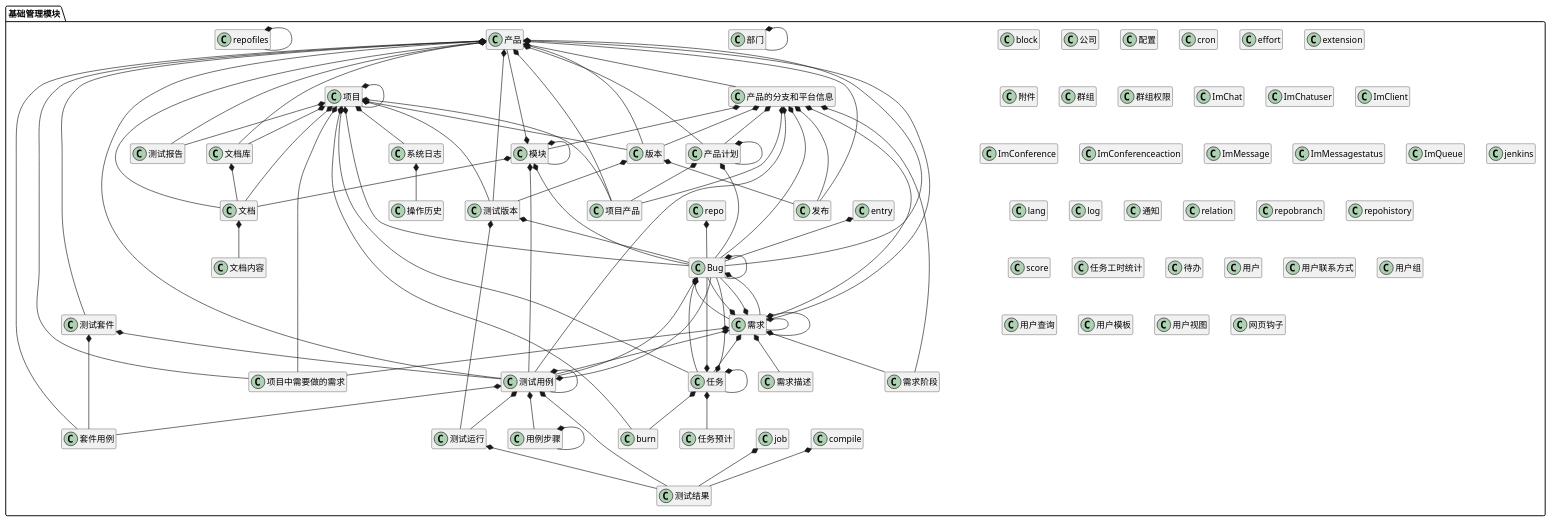
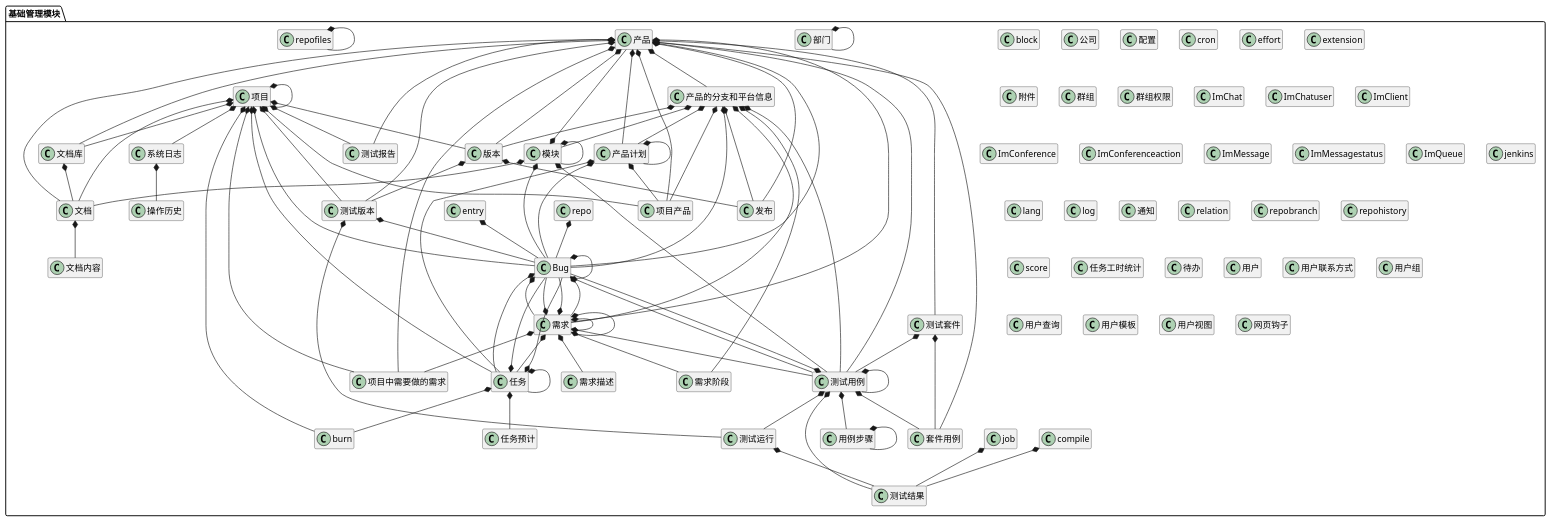
The second of 8 diagrams in ibizpms-docs/src/main/doc/v1/module/module_index.md (zj335841911/nt_chandao), drawn with PlantUML before and after one commit. The commit also changed 124 other files, not shown here.

```diff
--- a/ibizpms-docs/src/main/doc/v1/module/module_index.md
+++ b/ibizpms-docs/src/main/doc/v1/module/module_index.md
@@ -567,6 +567,9 @@
 Bug *-- 任务 
 
 
+产品计划 *-- 任务 
+
+
 项目 *-- 任务 
 
 
```
